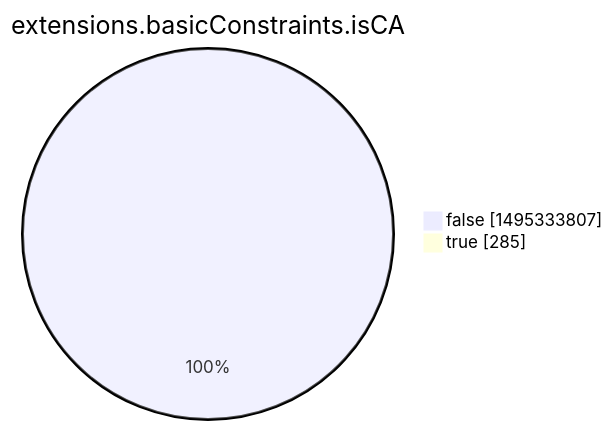
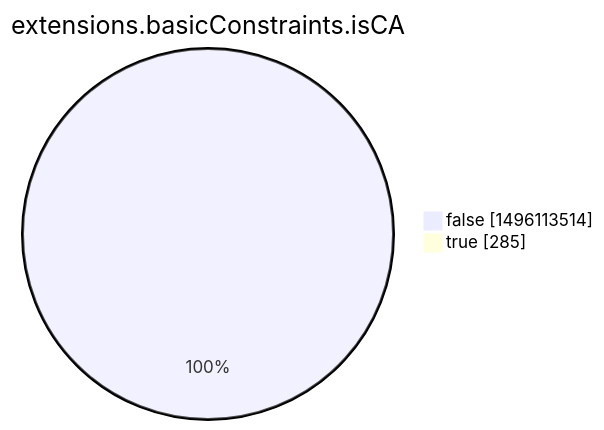
The eighth of 15 diagrams in xenon2022/README.md (christiankrug/ctmonitor_visualization), drawn with Mermaid before and after one commit. The commit also changed other lines of this file, not shown here.

````diff
--- a/xenon2022/README.md
+++ b/xenon2022/README.md
@@ -2852,6 +2853,6 @@
 ```mermaid
 pie showData
 title extensions.basicConstraints.isCA
-"false" :1495333807
+"false" :1496113514
 "true" :285
 ```
````
